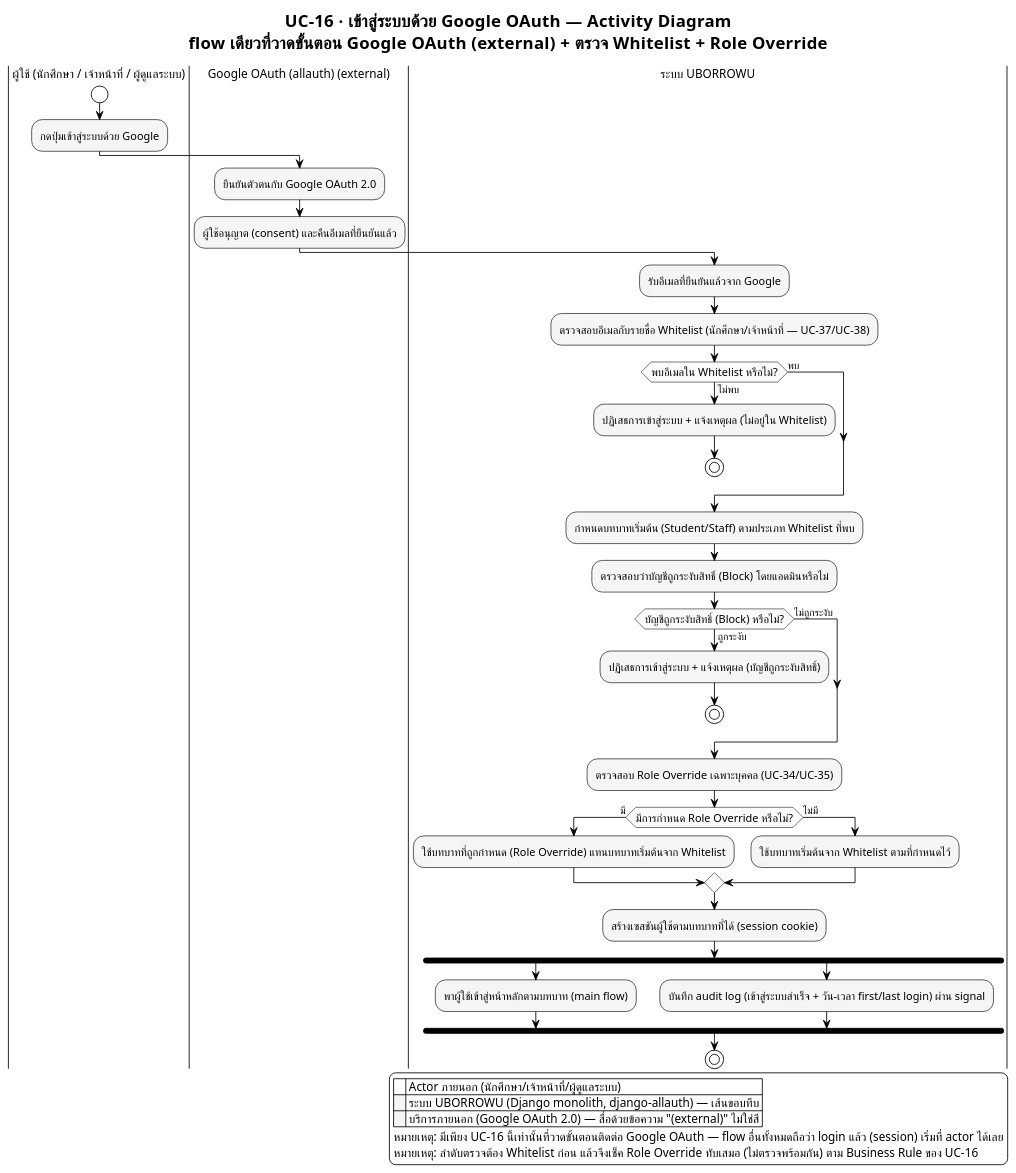
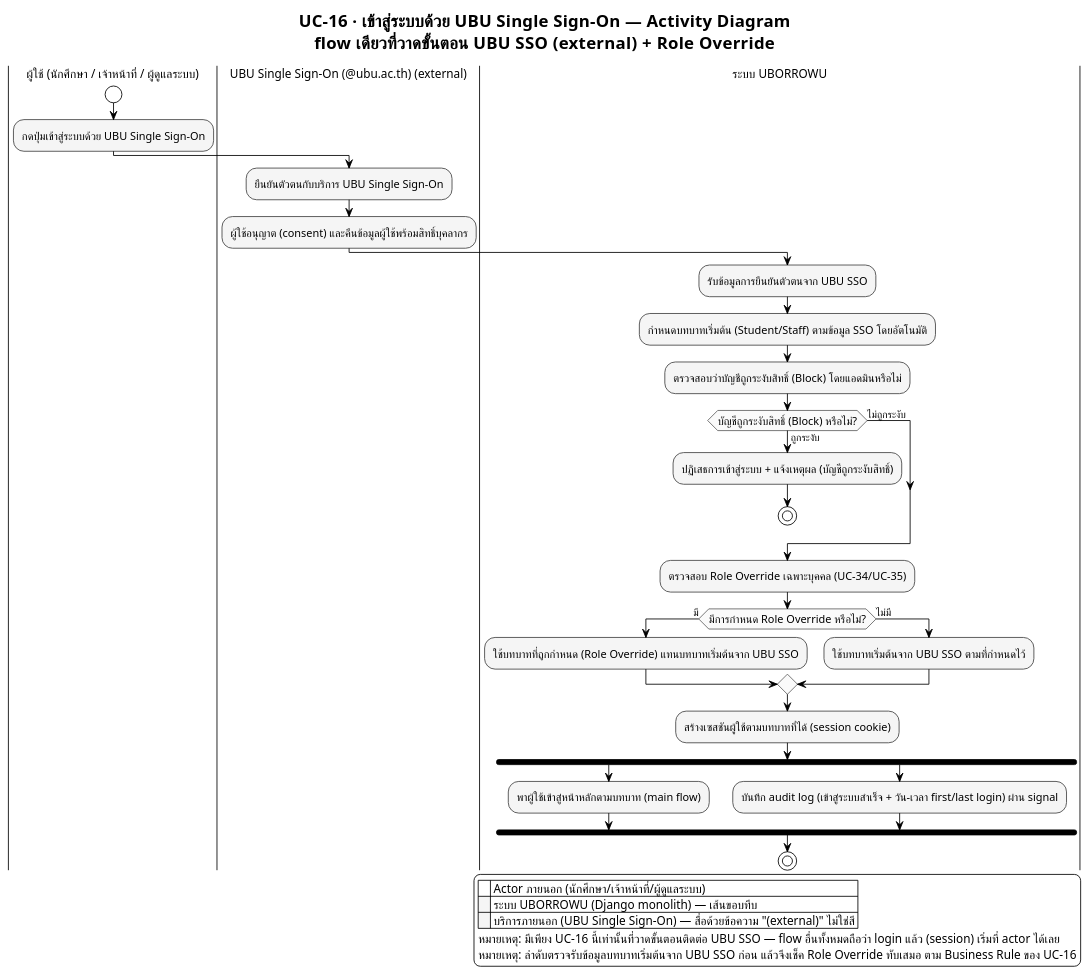
One commit to patlnwza-007/project-2569 changed the diagram in proposal/usecase/activity_module1_uc16.puml. Above: the diagram before and after it, drawn with PlantUML. The commit also changed 23 other files, not shown here.

```diff
--- a/proposal/usecase/activity_module1_uc16.puml
+++ b/proposal/usecase/activity_module1_uc16.puml
@@ -1,98 +1,91 @@
 @startuml activity_module1_uc16
 ' ══════════════════════════════════════════════════════════════════
 ' รองรับภาษาไทย — อ่านก่อน render:
 ' 1. บันทึกไฟล์นี้เป็น UTF-8 (ไม่ต้องมี BOM) เสมอ
 ' 2. ถ้า render ผ่าน CLI (plantuml.jar) ต้องระบุ flag encoding ด้วย:
 '      java -Dfile.encoding=UTF-8 -jar plantuml.jar -charset UTF-8 activity_account_UC16_login.puml
 ' 3. บังคับใช้ Smetana (pure-Java layout engine) แทน Graphviz/dot
 '    เพราะ Graphviz บางระบบ (โดยเฉพาะ Windows) อ่าน UTF-8 ไม่ตรง ทำให้ตัวอักษรไทยเพี้ยน/หาย
 !pragma layout smetana
 ' 4. ฟอนต์ที่มีสระ/วรรณยุกต์ไทยครบและ render ผ่าน Java ได้เสถียร
 '    - Windows: "TH Sarabun New" (ฟอนต์มาตรฐานราชการ) หรือ "Tahoma" (มากับเครื่องอยู่แล้ว)
 '    - Linux / PlantUML online server: เปลี่ยนเป็น "Noto Sans Thai" หรือ "Loma"
 skinparam defaultFontName "TH Sarabun New"
 skinparam defaultFontSize 14
 ' ══════════════════════════════════════════════════════════════════
 
 !theme plain
 skinparam titleFontName "TH Sarabun New"
 skinparam titleFontSize 20
 skinparam noteFontName "TH Sarabun New"
 skinparam ArrowFontName "TH Sarabun New"
 skinparam ArrowFontSize 12
 skinparam swimlaneTitleFontName "TH Sarabun New"
 skinparam swimlaneTitleFontSize 14
 
 ' ===== Monochrome เท่านั้น — ไม่มี partition ไหนสีต่างจากที่อื่น =====
 skinparam activity {
   BackgroundColor #F5F5F5
   BorderColor #424242
   FontName "TH Sarabun New"
   FontSize 13
   DiamondBackgroundColor #FAFAFA
   DiamondBorderColor #616161
 }
 skinparam partition {
   BackgroundColor #FAFAFA
   BorderColor #424242
 }
 
-title UC-16 · เข้าสู่ระบบด้วย Google OAuth — Activity Diagram\nflow เดียวที่วาดขั้นตอน Google OAuth (external) + ตรวจ Whitelist + Role Override
+title UC-16 · เข้าสู่ระบบด้วย UBU Single Sign-On — Activity Diagram\nflow เดียวที่วาดขั้นตอน UBU SSO (external) + Role Override
 
 ' ===== Actor ภายนอก (human) ที่ริเริ่มกระบวนการ =====
 ' ผู้ใช้ทั้ง 3 บทบาท (นักศึกษา/เจ้าหน้าที่/ผู้ดูแลระบบ) ใช้ flow เดียวกันนี้ในการเข้าสู่ระบบ
 |ผู้ใช้ (นักศึกษา / เจ้าหน้าที่ / ผู้ดูแลระบบ)|
 start
-:กดปุ่มเข้าสู่ระบบด้วย Google;
+:กดปุ่มเข้าสู่ระบบด้วย UBU Single Sign-On;
 
-' ===== บริการภายนอกจริง — Google OAuth 2.0 (นอกขอบเขต Django) =====
-|Google OAuth (allauth) (external)|
-:ยืนยันตัวตนกับ Google OAuth 2.0;
-:ผู้ใช้อนุญาต (consent) และคืนอีเมลที่ยืนยันแล้ว;
+' ===== บริการภายนอกจริง — UBU SSO (นอกขอบเขต Django) =====
+|UBU Single Sign-On (@ubu.ac.th) (external)|
+:ยืนยันตัวตนกับบริการ UBU Single Sign-On;
+:ผู้ใช้อนุญาต (consent) และคืนข้อมูลผู้ใช้พร้อมสิทธิ์บุคลากร;
 
-' ===== ระบบ Django ประมวลผล (django-allauth) =====
+' ===== ระบบ Django ประมวลผล =====
 |ระบบ UBORROWU|
-:รับอีเมลที่ยืนยันแล้วจาก Google;
-:ตรวจสอบอีเมลกับรายชื่อ Whitelist (นักศึกษา/เจ้าหน้าที่ — UC-37/UC-38);
+:รับข้อมูลการยืนยันตัวตนจาก UBU SSO;
+:กำหนดบทบาทเริ่มต้น (Student/Staff) ตามข้อมูล SSO โดยอัตโนมัติ;
 
-if (พบอีเมลใน Whitelist หรือไม่?) then (ไม่พบ)
-  :ปฏิเสธการเข้าสู่ระบบ + แจ้งเหตุผล (ไม่อยู่ใน Whitelist);
-  stop
-else (พบ)
-endif
-
-:กำหนดบทบาทเริ่มต้น (Student/Staff) ตามประเภท Whitelist ที่พบ;
 :ตรวจสอบว่าบัญชีถูกระงับสิทธิ์ (Block) โดยแอดมินหรือไม่;
 
 if (บัญชีถูกระงับสิทธิ์ (Block) หรือไม่?) then (ถูกระงับ)
   :ปฏิเสธการเข้าสู่ระบบ + แจ้งเหตุผล (บัญชีถูกระงับสิทธิ์);
   stop
 else (ไม่ถูกระงับ)
 endif
 
 :ตรวจสอบ Role Override เฉพาะบุคคล (UC-34/UC-35);
 if (มีการกำหนด Role Override หรือไม่?) then (มี)
-  :ใช้บทบาทที่ถูกกำหนด (Role Override) แทนบทบาทเริ่มต้นจาก Whitelist;
+  :ใช้บทบาทที่ถูกกำหนด (Role Override) แทนบทบาทเริ่มต้นจาก UBU SSO;
 else (ไม่มี)
-  :ใช้บทบาทเริ่มต้นจาก Whitelist ตามที่กำหนดไว้;
+  :ใช้บทบาทเริ่มต้นจาก UBU SSO ตามที่กำหนดไว้;
 endif
 
 :สร้างเซสชันผู้ใช้ตามบทบาทที่ได้ (session cookie);
 
 fork
   :พาผู้ใช้เข้าสู่หน้าหลักตามบทบาท (main flow);
 fork again
   :บันทึก audit log (เข้าสู่ระบบสำเร็จ + วัน-เวลา first/last login) ผ่าน signal;
 end fork
 
 stop
 
 legend right
   |<back:white>    </back>| Actor ภายนอก (นักศึกษา/เจ้าหน้าที่/ผู้ดูแลระบบ) |
-  |<back:#F5F5F5>    </back>| ระบบ UBORROWU (Django monolith, django-allauth) — เส้นขอบทึบ |
-  |<back:#F5F5F5>    </back>| บริการภายนอก (Google OAuth 2.0) — สื่อด้วยข้อความ "(external)" ไม่ใช่สี |
-  หมายเหตุ: มีเพียง UC-16 นี้เท่านั้นที่วาดขั้นตอนติดต่อ Google OAuth — flow อื่นทั้งหมดถือว่า login แล้ว (session) เริ่มที่ actor ได้เลย
-  หมายเหตุ: ลำดับตรวจต้อง Whitelist ก่อน แล้วจึงเช็ค Role Override ทับเสมอ (ไม่ตรวจพร้อมกัน) ตาม Business Rule ของ UC-16
+  |<back:#F5F5F5>    </back>| ระบบ UBORROWU (Django monolith) — เส้นขอบทึบ |
+  |<back:#F5F5F5>    </back>| บริการภายนอก (UBU Single Sign-On) — สื่อด้วยข้อความ "(external)" ไม่ใช่สี |
+  หมายเหตุ: มีเพียง UC-16 นี้เท่านั้นที่วาดขั้นตอนติดต่อ UBU SSO — flow อื่นทั้งหมดถือว่า login แล้ว (session) เริ่มที่ actor ได้เลย
+  หมายเหตุ: ลำดับตรวจรับข้อมูลบทบาทเริ่มต้นจาก UBU SSO ก่อน แล้วจึงเช็ค Role Override ทับเสมอ ตาม Business Rule ของ UC-16
 endlegend
 
 @enduml
```
